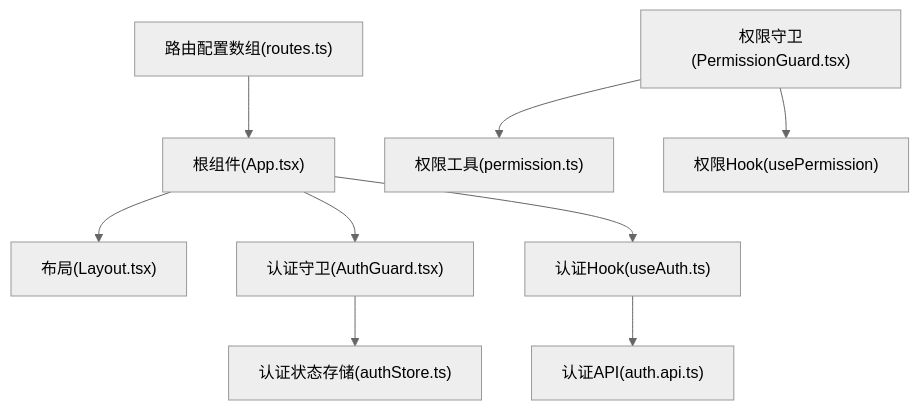
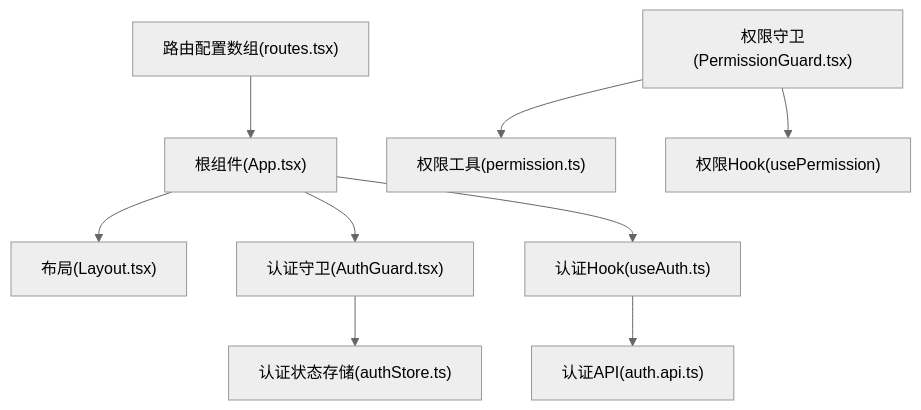
Before and after one commit to LouisFantansy/Budget_Mgt_Enterprise: the tenth of 10 diagrams in .qoder/repowiki/zh/content/前端架构/路由系统与页面导航.md, drawn with Mermaid (neutral theme). The commit also changed other lines of this file and 4 other files, not shown here.

````diff
--- a/.qoder/repowiki/zh/content/前端架构/路由系统与页面导航.md
+++ b/.qoder/repowiki/zh/content/前端架构/路由系统与页面导航.md
@@ -334,11 +342,11 @@
 ```mermaid
 graph TB
-RT["路由配置数组(routes.ts)"] --> APP["根组件(App.tsx)"]
+RT["路由配置数组(routes.tsx)"] --> APP["根组件(App.tsx)"]
 APP --> LG["布局(Layout.tsx)"]
 APP --> AG["认证守卫(AuthGuard.tsx)"]
 AG --> LS["认证状态存储(authStore.ts)"]
 PG["权限守卫(PermissionGuard.tsx)"] --> PU["权限工具(permission.ts)"]
 PG --> PH["权限Hook(usePermission)"]
 APP --> UA["认证Hook(useAuth.ts)"]
 UA --> AA["认证API(auth.api.ts)"]
 ```
````
